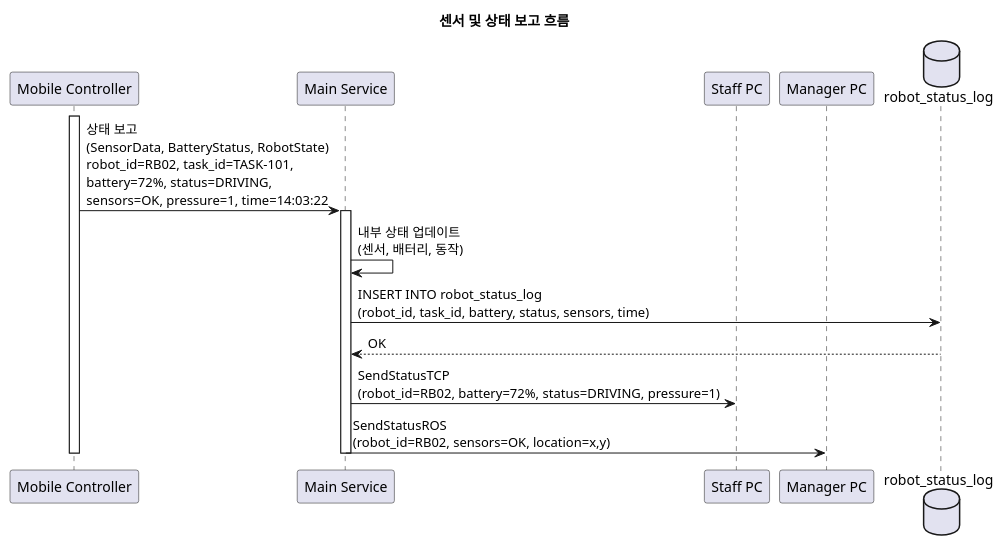
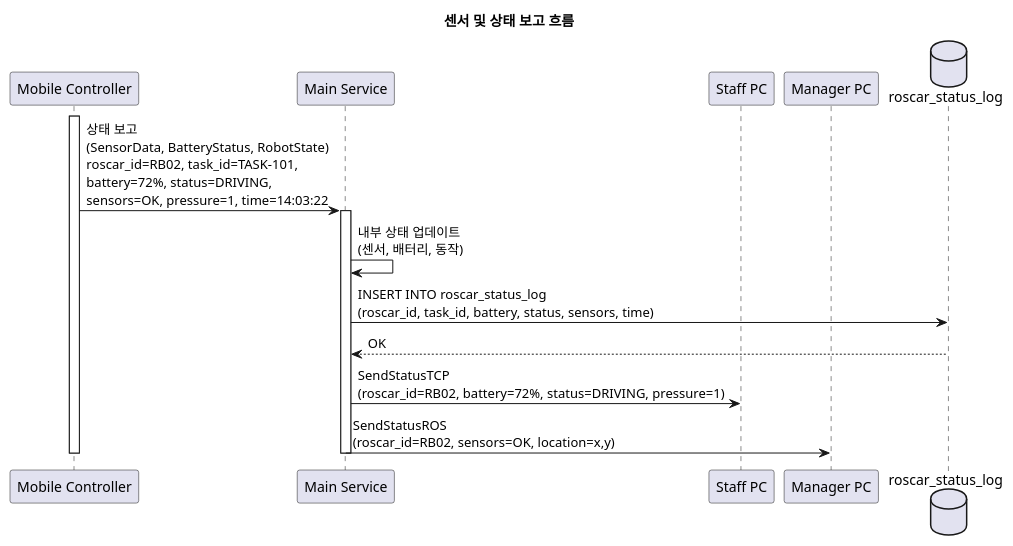
One commit to addinedu-ros-8th/ros-repo-3 changed the seventh of 10 diagrams in docs/sequence_diagram v4.md. Above: the diagram before and after it, drawn with PlantUML. The commit also changed other lines of this file and 108 other files, not shown here.

Commit message:
Fix build and Rename robot to roscar

````diff
--- a/docs/sequence_diagram v4.md
+++ b/docs/sequence_diagram v4.md
@@ -293,27 +293,27 @@
 ```plantuml
 @startuml
 title 센서 및 상태 보고 흐름
 participant "Mobile Controller" as Mobile
 participant "Main Service" as Main
 participant "Staff PC" as StaffPC
 participant "Manager PC" as ManagerPC
-database "robot_status_log" as DB
+database "roscar_status_log" as DB
 
 activate Mobile
-Mobile -> Main : 상태 보고\n(SensorData, BatteryStatus, RobotState)\nrobot_id=RB02, task_id=TASK-101,\nbattery=72%, status=DRIVING,\nsensors=OK, pressure=1, time=14:03:22
+Mobile -> Main : 상태 보고\n(SensorData, BatteryStatus, RobotState)\nroscar_id=RB02, task_id=TASK-101,\nbattery=72%, status=DRIVING,\nsensors=OK, pressure=1, time=14:03:22
 activate Main
 
 Main -> Main : 내부 상태 업데이트\n(센서, 배터리, 동작)
 
 
-Main -> DB : INSERT INTO robot_status_log\n(robot_id, task_id, battery, status, sensors, time)
+Main -> DB : INSERT INTO roscar_status_log\n(roscar_id, task_id, battery, status, sensors, time)
 DB --> Main : OK
 
 
-Main -> StaffPC : SendStatusTCP\n(robot_id=RB02, battery=72%, status=DRIVING, pressure=1)
-Main -> ManagerPC : SendStatusROS\n(robot_id=RB02, sensors=OK, location=x,y)
+Main -> StaffPC : SendStatusTCP\n(roscar_id=RB02, battery=72%, status=DRIVING, pressure=1)
+Main -> ManagerPC : SendStatusROS\n(roscar_id=RB02, sensors=OK, location=x,y)
 
 deactivate Main
 deactivate Mobile
 @enduml
 ```
````
